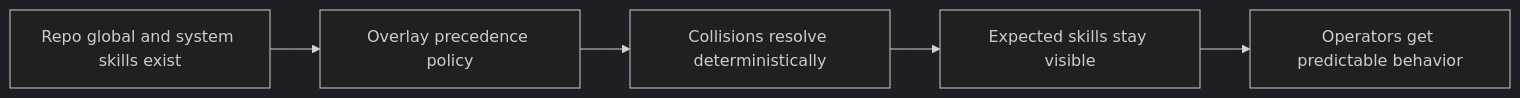
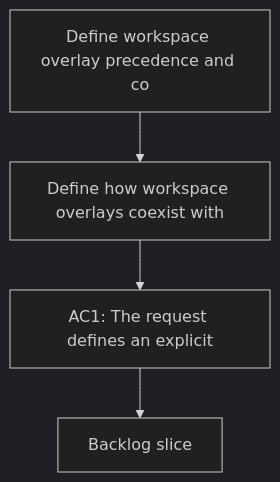
One commit to AlexAgo83/logics-manager changed the diagram in logics/request/req_070_define_workspace_overlay_precedence_and_coexistence_with_global_codex_skills.md. Above: the diagram before and after it, drawn with Mermaid (dark theme). The commit also changed other lines of this file and 481 other files, not shown here.

````diff
--- a/logics/request/req_070_define_workspace_overlay_precedence_and_coexistence_with_global_codex_skills.md
+++ b/logics/request/req_070_define_workspace_overlay_precedence_and_coexistence_with_global_codex_skills.md
@@ -37,9 +37,8 @@
 ```mermaid
 %% logics-kind: request
 %% logics-signature: request|define-workspace-overlay-precedence-and-|define-how-workspace-overlays-coexist-wi|ac1-the-request-defines-an-explicit
-flowchart LR
-    Sources[Repo global and system skills exist] --> Policy[Overlay precedence policy]
-    Policy --> Resolution[Collisions resolve deterministically]
-    Resolution --> Visibility[Expected skills stay visible]
-    Visibility --> Outcome[Operators get predictable behavior]
+flowchart TD
+    Trigger[Define workspace overlay precedence and co] --> Need[Define how workspace overlays coexist with]
+    Need --> Outcome[AC1: The request defines an explicit]
+    Outcome --> Backlog[Backlog slice]
 ```
````
